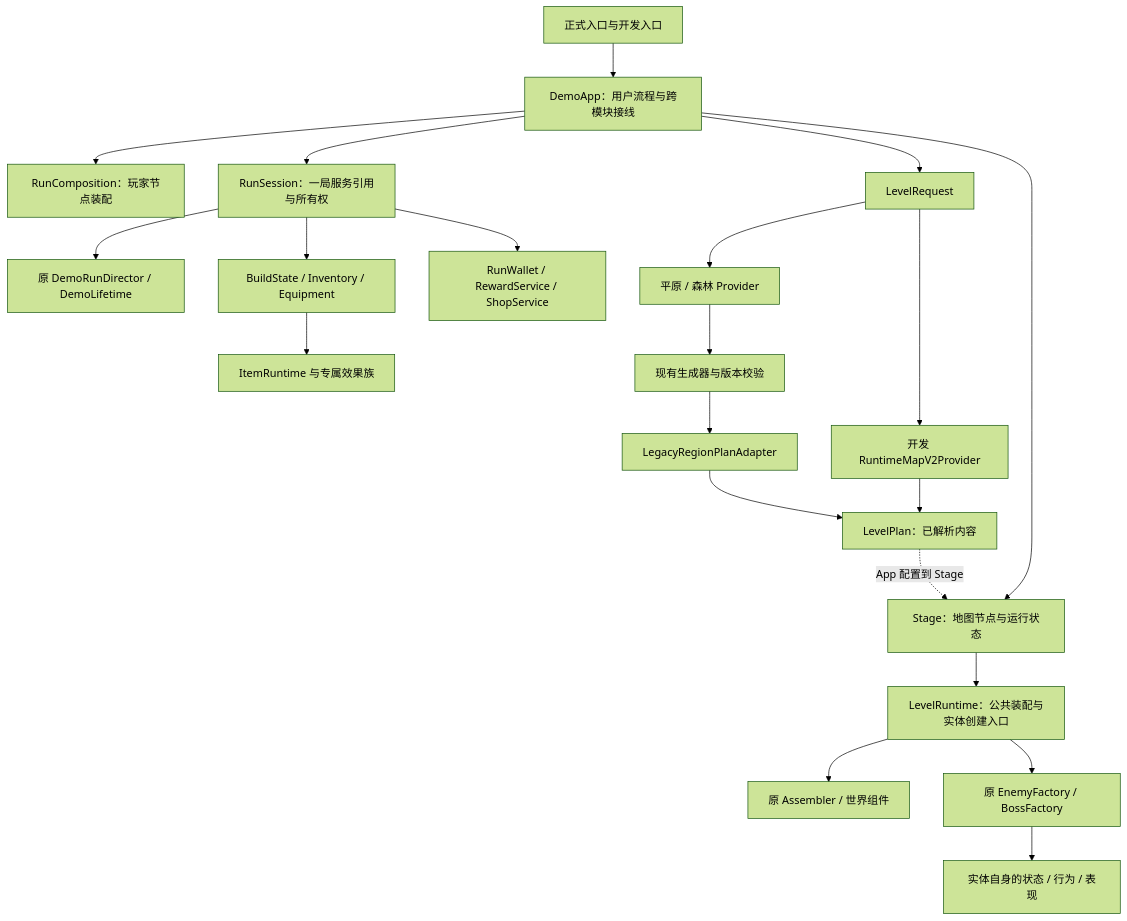
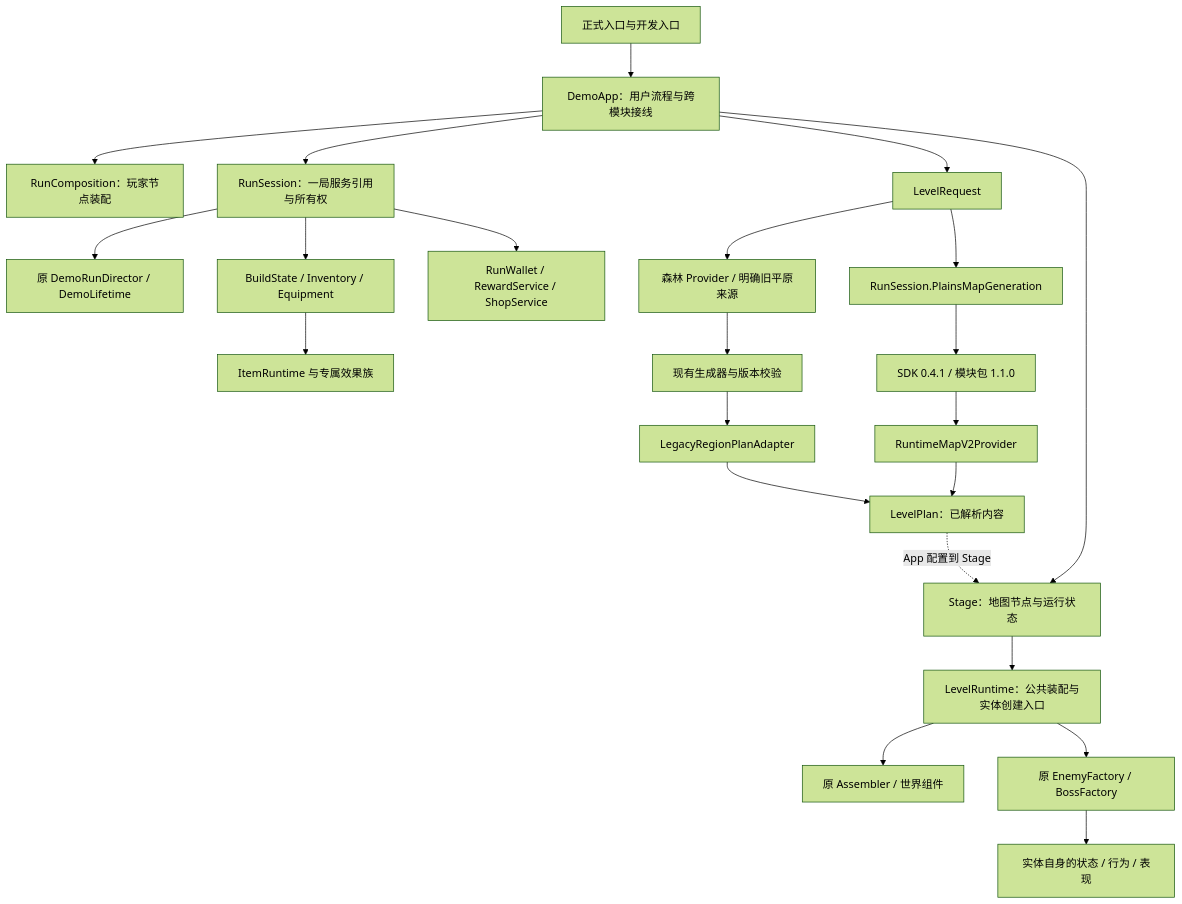
One commit to zhipijun1996/gunman-rush changed the diagram in docs/project/architecture.md. Above: the diagram before and after it, drawn with Mermaid (forest theme). The commit also changed other lines of this file and 52 other files, not shown here.

Commit message:
feat: integrate complete map-gen maps into formal Plains runs

````diff
--- a/docs/project/architecture.md
+++ b/docs/project/architecture.md
@@ -9,23 +9,25 @@
 ```mermaid
 flowchart TD
     Entry[正式入口与开发入口] --> App[DemoApp：用户流程与跨模块接线]
     App --> Composition[RunComposition：玩家节点装配]
     App --> Session[RunSession：一局服务引用与所有权]
     Session --> Flow[原 DemoRunDirector / DemoLifetime]
     Session --> Build[BuildState / Inventory / Equipment]
     Session --> Economy[RunWallet / RewardService / ShopService]
     App --> Request[LevelRequest]
-    Request --> Provider[平原 / 森林 Provider]
+    Request --> Provider[森林 Provider / 明确旧平原来源]
     Provider --> Legacy[现有生成器与版本校验]
     Legacy --> Adapter[LegacyRegionPlanAdapter]
     Adapter --> Plan[LevelPlan：已解析内容]
-    Request --> RuntimeMap[开发 RuntimeMapV2Provider]
+    Request --> Generation[RunSession.PlainsMapGeneration]
+    Generation --> SDK[SDK 0.4.1 / 模块包 1.1.0]
+    SDK --> RuntimeMap[RuntimeMapV2Provider]
     RuntimeMap --> Plan
     App --> Stage[Stage：地图节点与运行状态]
     Plan -. App 配置到 Stage .-> Stage
     Stage --> Runtime[LevelRuntime：公共装配与实体创建入口]
     Runtime --> Assembler[原 Assembler / 世界组件]
     Runtime --> Factory[原 EnemyFactory / BossFactory]
     Factory --> Entity[实体自身的状态 / 行为 / 表现]
     Build --> Effects[ItemRuntime 与专属效果族]
 ```
````
